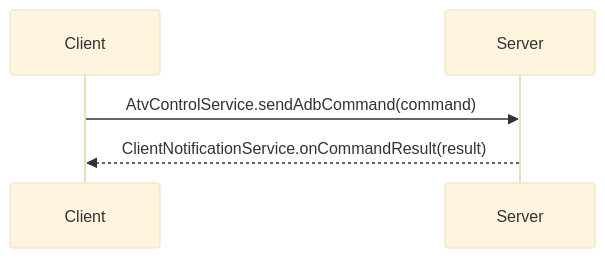
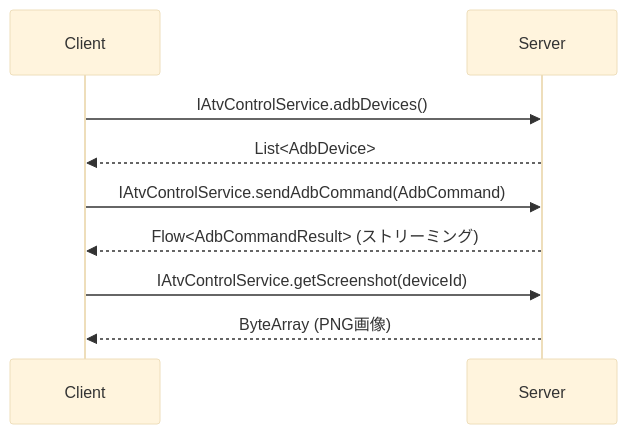
One commit to isseikz/ATV-Remote changed the second of 3 diagrams in docs/server-client-api-specification.md. Above: the diagram before and after it, drawn with Mermaid (base theme). The commit also changed other lines of this file and 2 other files, not shown here.

Commit message:
docs: Update design and API documentation for signaling library and ATV-Remote demo; clarify project structure and usage

````diff
--- a/docs/server-client-api-specification.md
+++ b/docs/server-client-api-specification.md
@@ -130,8 +235,17 @@
 ```mermaid
-sequenceDiagram  
-participant Client  
+sequenceDiagram
+participant Client
 participant Server
 
-    Client->>Server: AtvControlService.sendAdbCommand(command)  
-    Server-->>Client: ClientNotificationService.onCommandResult(result)  
+    %% デバイス一覧取得 %%
+    Client->>Server: IAtvControlService.adbDevices()
+    Server-->>Client: List<AdbDevice>
+
+    %% ADBコマンド実行 %%
+    Client->>Server: IAtvControlService.sendAdbCommand(AdbCommand)
+    Server-->>Client: Flow<AdbCommandResult> (ストリーミング)
+
+    %% スクリーンショット取得 %%
+    Client->>Server: IAtvControlService.getScreenshot(deviceId)
+    Server-->>Client: ByteArray (PNG画像)
 ```
````
